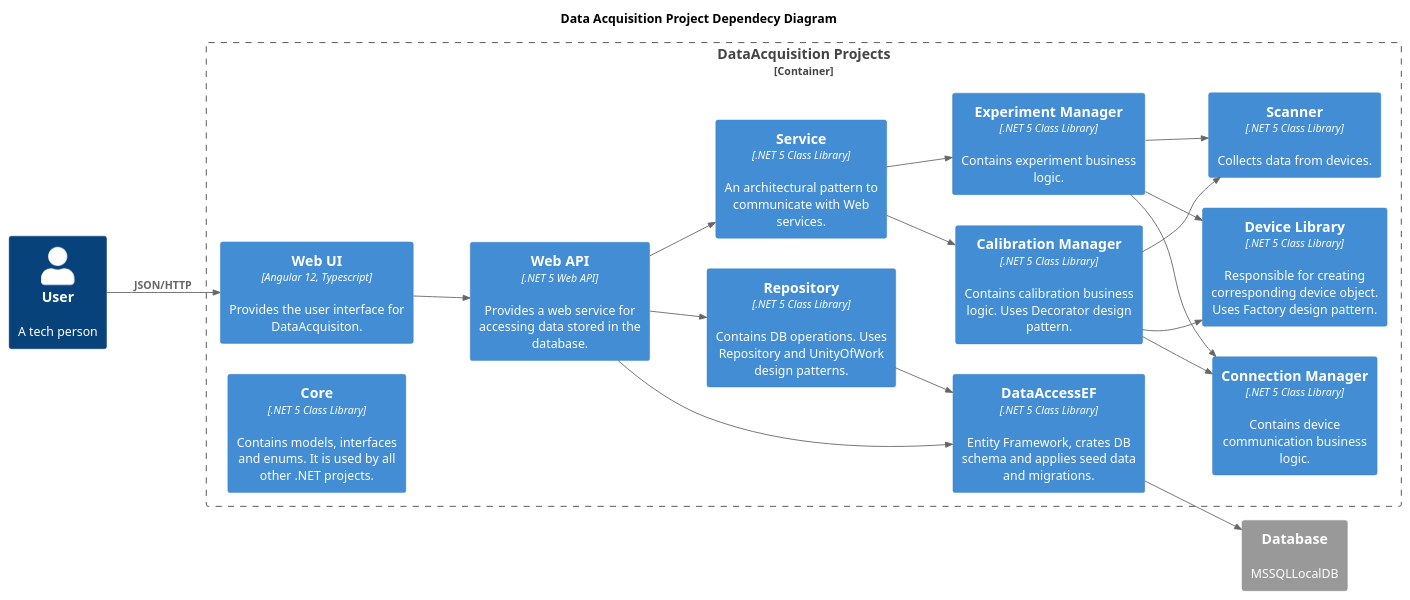
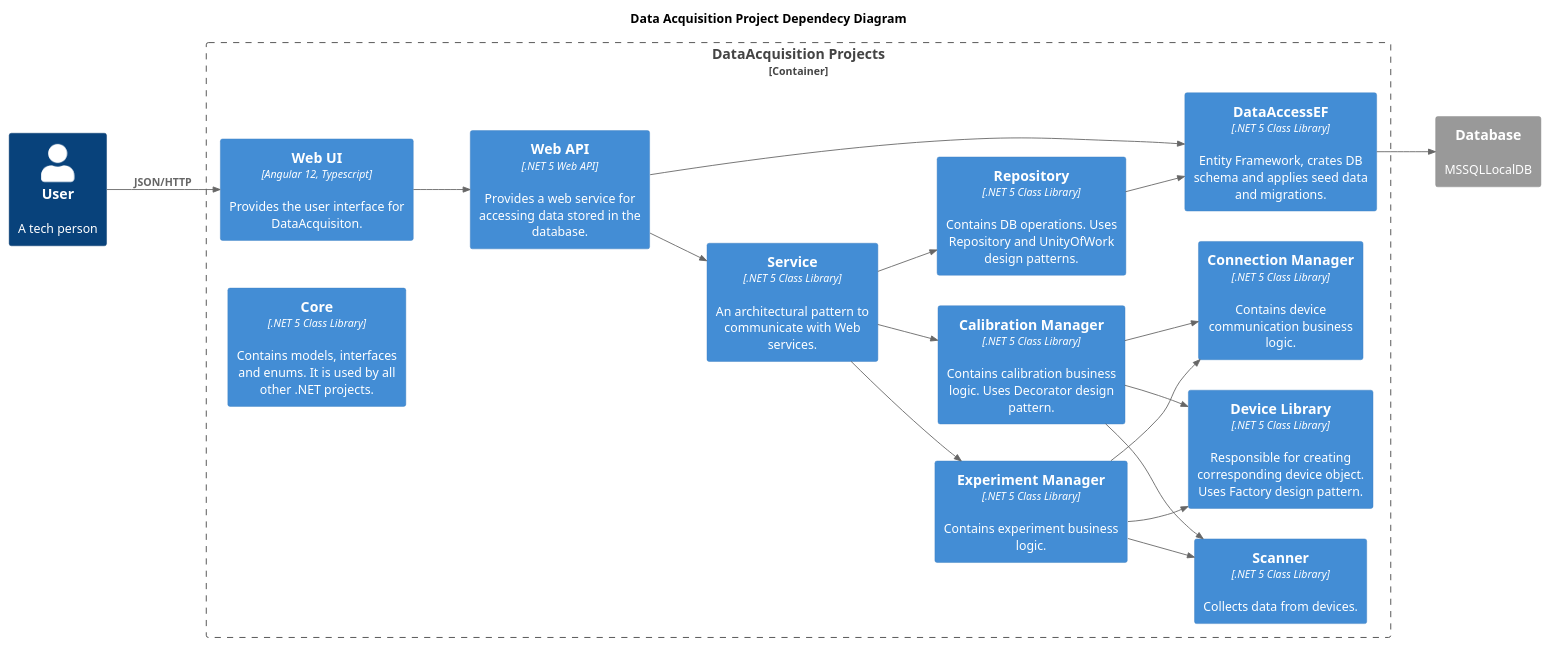
The diagram in DataAcquisition.Web/acquisition-web-app/project-structure.puml (mistip83/DataAcquisition.NET6), drawn with PlantUML before and after one commit.

Commit message:
Fixed project diagram extension

```diff
--- a/DataAcquisition.Web/acquisition-web-app/project-structure.puml
+++ b/DataAcquisition.Web/acquisition-web-app/project-structure.puml
@@ -1,51 +1,51 @@
 @startuml "Data Acquisition Project Structure Diagram"
 !include <c4/C4_Container.puml>
 
 LAYOUT_LEFT_RIGHT()
 HIDE_STEREOTYPE()
 
 title Data Acquisition Project Dependecy Diagram
 
 Person(user, User, "A tech person")
 
 
 Container_Boundary(dataAcquisition, "DataAcquisition Projects") {
     Container(web_app, "Web UI", "Angular 12, Typescript", "Provides the user interface for DataAcquisiton.")
     Container(web_api, "Web API", ".NET 5 Web API", "Provides a web service for accessing data stored in the database.")
     Container(calibration_manager, "Calibration Manager", ".NET 5 Class Library", "Contains calibration business logic. Uses Decorator design pattern.")
     Container(connection_manager, "Connection Manager", ".NET 5 Class Library", "Contains device communication business logic.")
     Container(ef, "DataAccessEF", ".NET 5 Class Library", "Entity Framework, crates DB schema and applies seed data and migrations.")
     Container(device_library, "Device Library", ".NET 5 Class Library", "Responsible for creating corresponding device object. Uses Factory design pattern.")
     Container(experiment_manager, "Experiment Manager", ".NET 5 Class Library", "Contains experiment business logic.")
     Container(repository, "Repository", ".NET 5 Class Library", "Contains DB operations. Uses Repository and UnityOfWork design patterns.")
     Container(scanner, "Scanner", ".NET 5 Class Library", "Collects data from devices.")
     Container(service, "Service", ".NET 5 Class Library", "An architectural pattern to communicate with Web services.")
     Container(core, "Core", ".NET 5 Class Library", "Contains models, interfaces and enums. It is used by all other .NET projects.")
 }
 
 System_Ext(db, "Database", "MSSQLLocalDB")
 
 Rel(user, web_app, "JSON/HTTP")
 
 Rel(web_app, web_api, " ")
 
 Rel(web_api, ef, " ")
-Rel(web_api, repository, " ")
 Rel(web_api, service, " ")
 
 Rel(calibration_manager, connection_manager, " ")
 Rel(calibration_manager, device_library, " ")
 Rel(calibration_manager, scanner, " ")
 
 Rel(ef, db, " ")
 
 Rel(experiment_manager, connection_manager, " ")
 Rel(experiment_manager, device_library, " ")
 Rel(experiment_manager, scanner, " ")
 
 Rel(repository, ef, " ")
 
 Rel(service, calibration_manager, " ")
 Rel(service, experiment_manager, " ")
+Rel(service, repository, " ")
 
 @enduml
```
